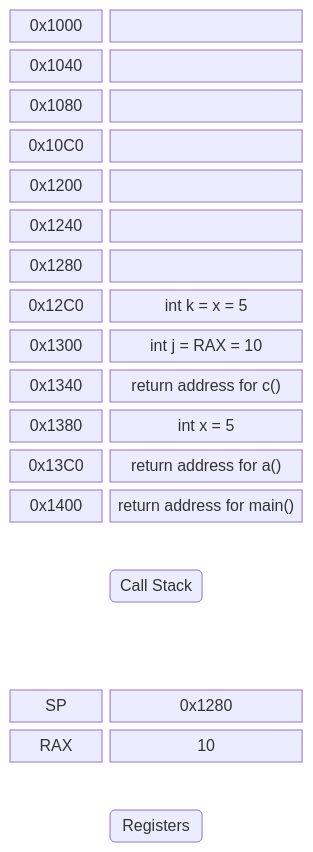
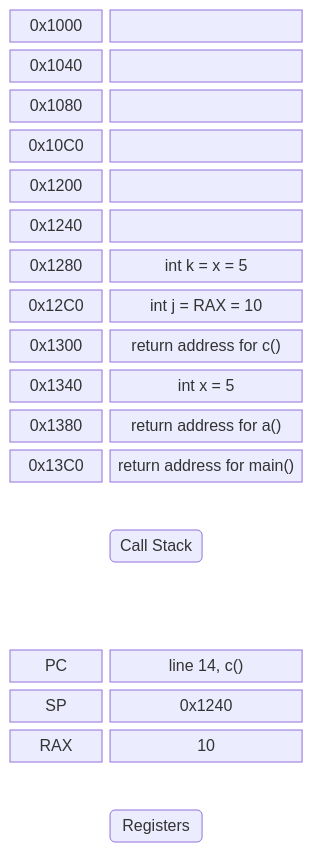
Diagram 12 of 19 in slides/session_6/index.md (GlennVL-AP/cpp-programming-slides), drawn with Mermaid before and after one commit. The commit also changed other lines of this file, not shown here.

````diff
--- a/slides/session_6/index.md
+++ b/slides/session_6/index.md
@@ -1256,40 +1454,40 @@
 ```mermaid
 block-beta
   columns 3
   addr1["0x1000"]:1
   frame1[" "]:2
   addr2["0x1040"]:1
   frame2[" "]:2
   addr3["0x1080"]:1
   frame3[" "]:2
   addr4["0x10C0"]:1
   frame4[" "]:2
   addr5["0x1200"]:1
   frame5[" "]:2
   addr6["0x1240"]:1
   frame6[" "]:2
   addr7["0x1280"]:1
-  frame7[" "]:2
+  frame7["int k = x = 5"]:2
   addr8["0x12C0"]:1
-  frame8["int k = x = 5"]:2
+  frame8["int j = RAX = 10"]:2
   addr9["0x1300"]:1
-  frame9["int j = RAX = 10"]:2
+  frame9["return address for c()"]:2
   addr10["0x1340"]:1
-  frame10["return address for c()"]:2
+  frame10["int x = 5"]:2
   addr11["0x1380"]:1
-  frame11["int x = 5"]:2
+  frame11["return address for a()"]:2
   addr12["0x13C0"]:1
-  frame12["return address for a()"]:2
-  addr13["0x1400"]:1
-  frame13["return address for main()"]:2
+  frame12["return address for main()"]:2
   space:3
   space callstack("Call Stack") space
   space:3
   space:3
-  reg1["SP"]:1
-  regval1["0x1280"]:2
-  reg2["RAX"]:1
-  regval2["10"]:2
+  reg1["PC"]:1
+  regval1["line 14, c()"]:2
+  reg2["SP"]:1
+  regval2["0x1240"]:2
+  reg3["RAX"]:1
+  regval3["10"]:2
   space:3
   space registers("Registers") space
 ```
````
